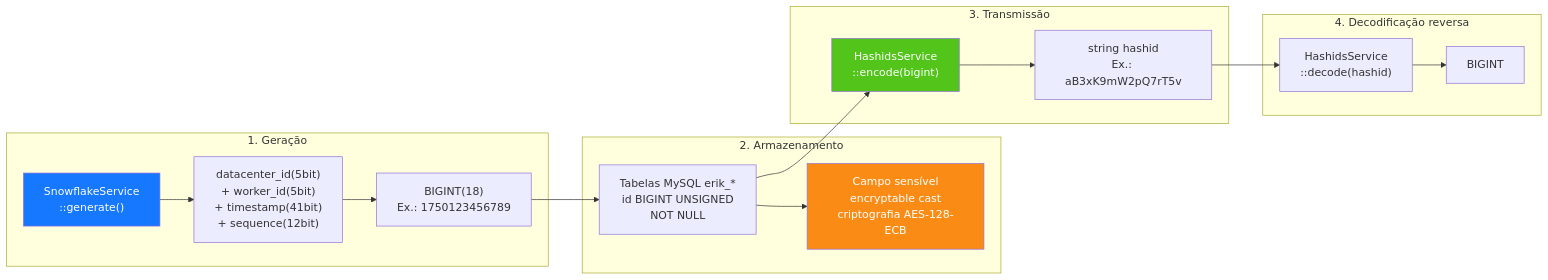
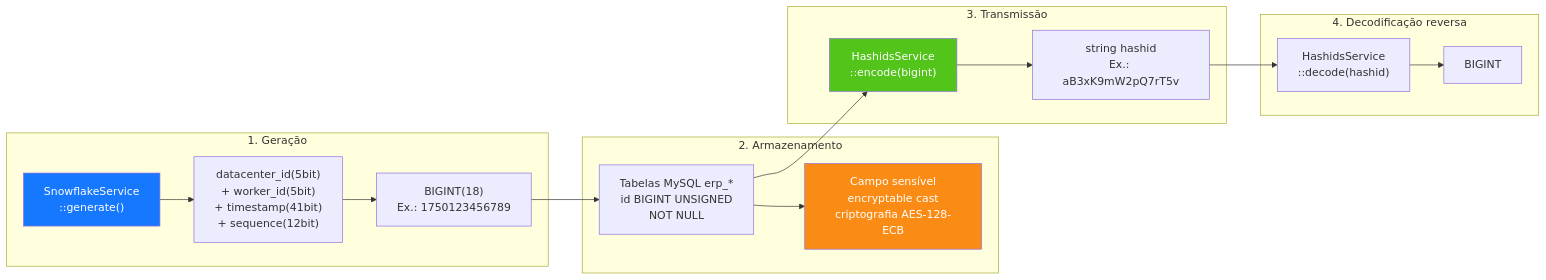
One commit to erikwang2013/erp-php changed the seventh of 20 diagrams in docs/i18n/pt/ARCHITECTURE.md. Above: the diagram before and after it, drawn with Mermaid. The commit also changed other lines of this file and 449 other files, not shown here.

First line of the commit message:
全局命名统一：数据库 erp、表前缀 erp_、Redis 前缀 erp:（原 erik_/open_admin）

````diff
--- a/docs/i18n/pt/ARCHITECTURE.md
+++ b/docs/i18n/pt/ARCHITECTURE.md
@@ -373,33 +373,33 @@
 ```mermaid
 flowchart LR
     subgraph "1. Geração"
         G1["SnowflakeService<br/>::generate()"]
         G2["datacenter_id(5bit)<br/>+ worker_id(5bit)<br/>+ timestamp(41bit)<br/>+ sequence(12bit)"]
         G3["BIGINT(18)<br/>Ex.: 1750123456789"]
         G1 --> G2 --> G3
     end
 
     subgraph "2. Armazenamento"
-        S1["Tabelas MySQL erik_*<br/>id BIGINT UNSIGNED<br/>NOT NULL"]
+        S1["Tabelas MySQL erp_*<br/>id BIGINT UNSIGNED<br/>NOT NULL"]
         S2["Campo sensível<br/>encryptable cast<br/>criptografia AES-128-ECB"]
         G3 --> S1
         S1 --> S2
     end
 
     subgraph "3. Transmissão"
         T1["HashidsService<br/>::encode(bigint)"]
         T2["string hashid<br/>Ex.: aB3xK9mW2pQ7rT5v"]
         S1 --> T1
         T1 --> T2
     end
 
     subgraph "4. Decodificação reversa"
         R1["HashidsService<br/>::decode(hashid)"]
         R2["BIGINT"]
         T2 --> R1 --> R2
     end
 
     style G1 fill:#1677FF,color:#fff
     style T1 fill:#52C41A,color:#fff
     style S2 fill:#FA8C16,color:#fff
 ```
````
